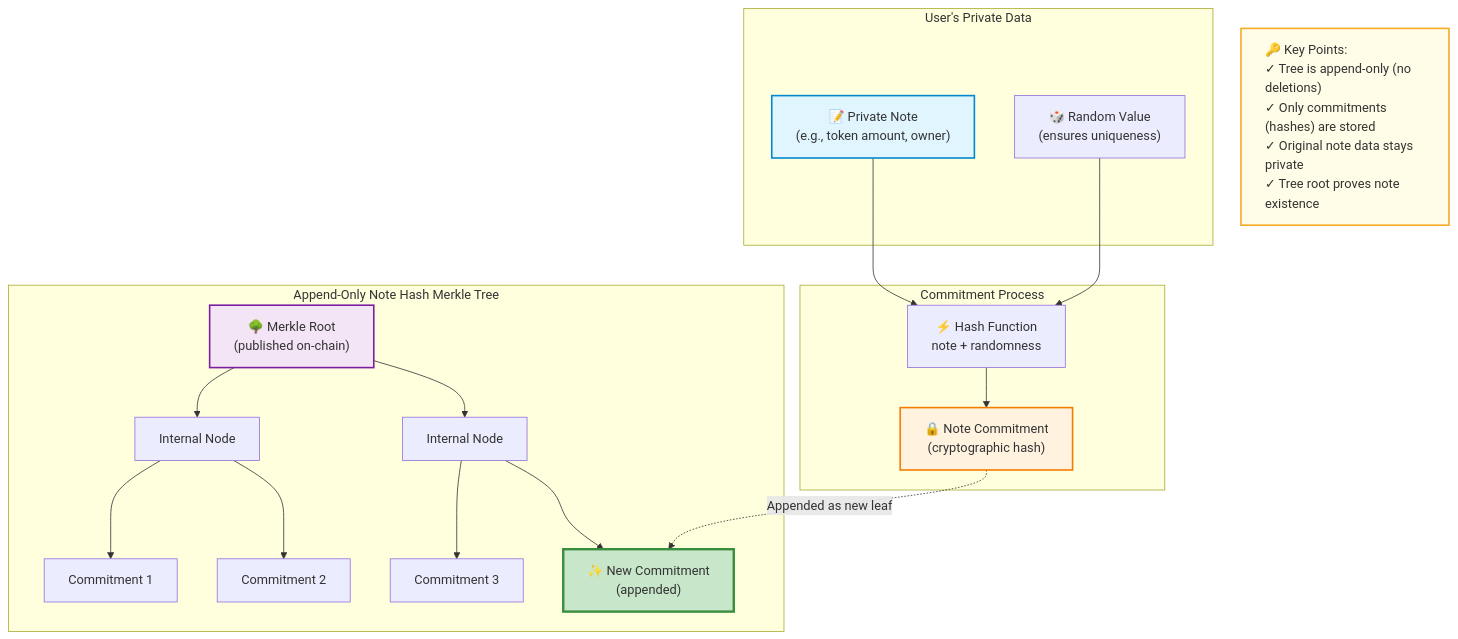
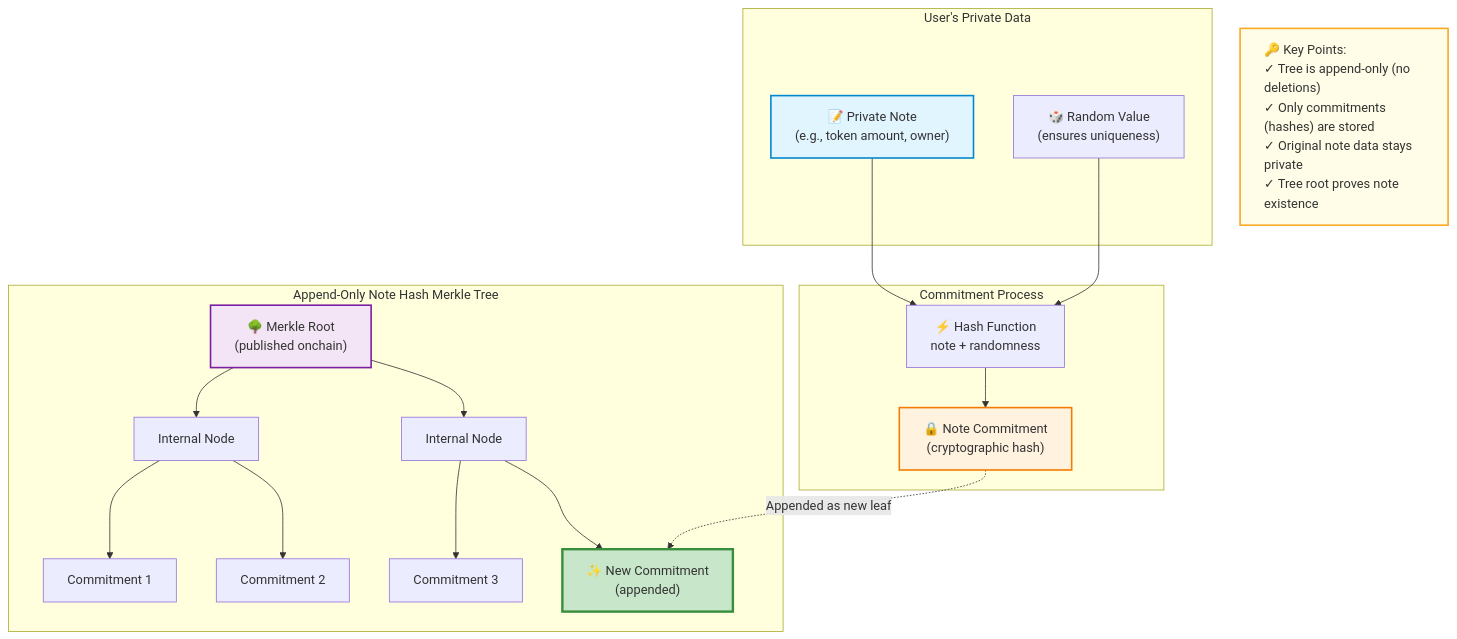
The diagram in docs/docs/learn/2_privacy_mindset/1_state_model.md (AztecProtocol/aztec-packages), drawn with Mermaid before and after one commit. The commit also changed 3 other files, not shown here.

````diff
--- a/docs/docs/learn/2_privacy_mindset/1_state_model.md
+++ b/docs/docs/learn/2_privacy_mindset/1_state_model.md
@@ -128,44 +128,44 @@
 ```mermaid
 graph TB
     subgraph "User's Private Data"
         Note1["📝 Private Note<br/>(e.g., token amount, owner)"]
         Random1["🎲 Random Value<br/>(ensures uniqueness)"]
     end
 
     subgraph "Commitment Process"
         Hash1["⚡ Hash Function<br/>note + randomness"]
         Commitment1["🔒 Note Commitment<br/>(cryptographic hash)"]
     end
 
     subgraph "Append-Only Note Hash Merkle Tree"
-        Root["🌳 Merkle Root<br/>(published on-chain)"]
+        Root["🌳 Merkle Root<br/>(published onchain)"]
 
         L1["Internal Node"]
         L2["Internal Node"]
 
         Leaf1["Commitment 1"]
         Leaf2["Commitment 2"]
         Leaf3["Commitment 3"]
         Leaf4["✨ New Commitment<br/>(appended)"]
 
         Root --> L1
         Root --> L2
         L1 --> Leaf1
         L1 --> Leaf2
         L2 --> Leaf3
         L2 --> Leaf4
     end
 
     Note1 --> Hash1
     Random1 --> Hash1
     Hash1 --> Commitment1
     Commitment1 -.->|"Appended as new leaf"| Leaf4
 
     Note[" 🔑 Key Points:<br/>✓ Tree is append-only (no deletions)<br/>✓ Only commitments (hashes) are stored<br/>✓ Original note data stays private<br/>✓ Tree root proves note existence"]
 
     style Note1 fill:#e1f5ff,stroke:#0288d1,stroke-width:2px
     style Commitment1 fill:#fff3e0,stroke:#f57c00,stroke-width:2px
     style Leaf4 fill:#c8e6c9,stroke:#388e3c,stroke-width:3px
     style Root fill:#f3e5f5,stroke:#7b1fa2,stroke-width:2px
     style Note fill:#fffde7,stroke:#f9a825,stroke-width:2px,text-align:left
 ```
````
